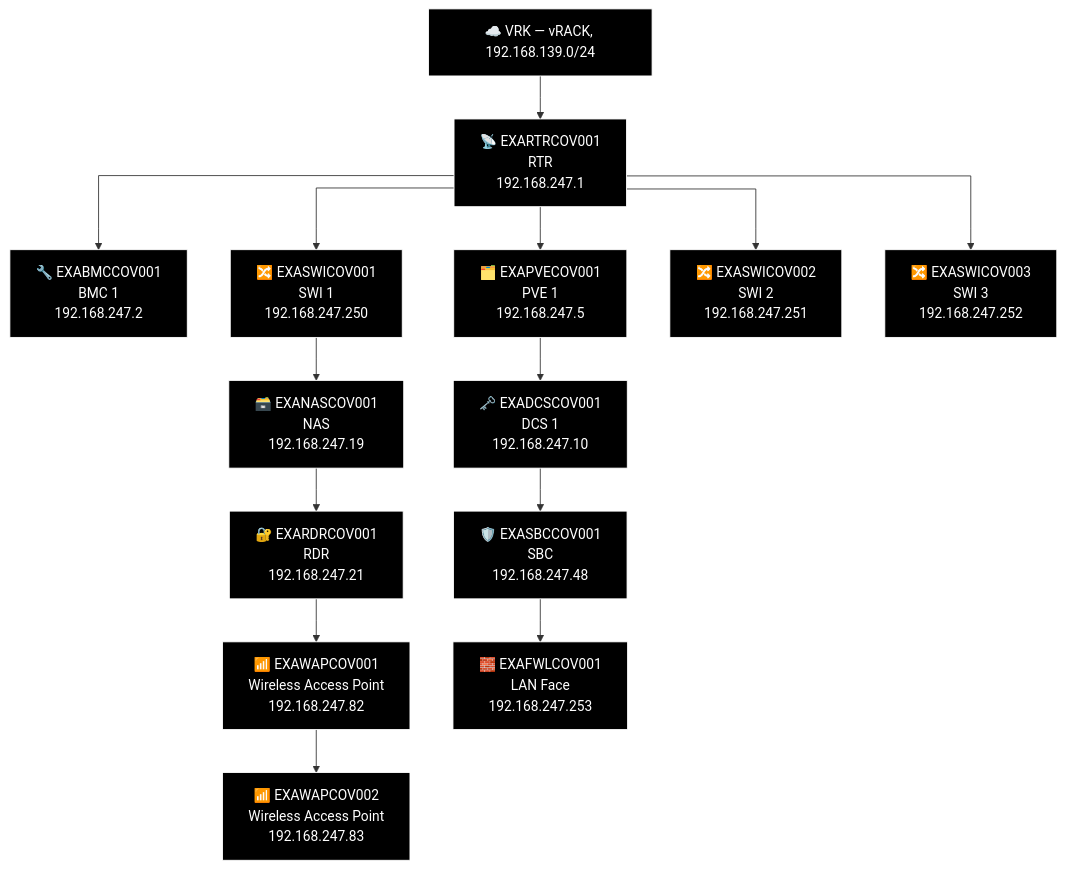
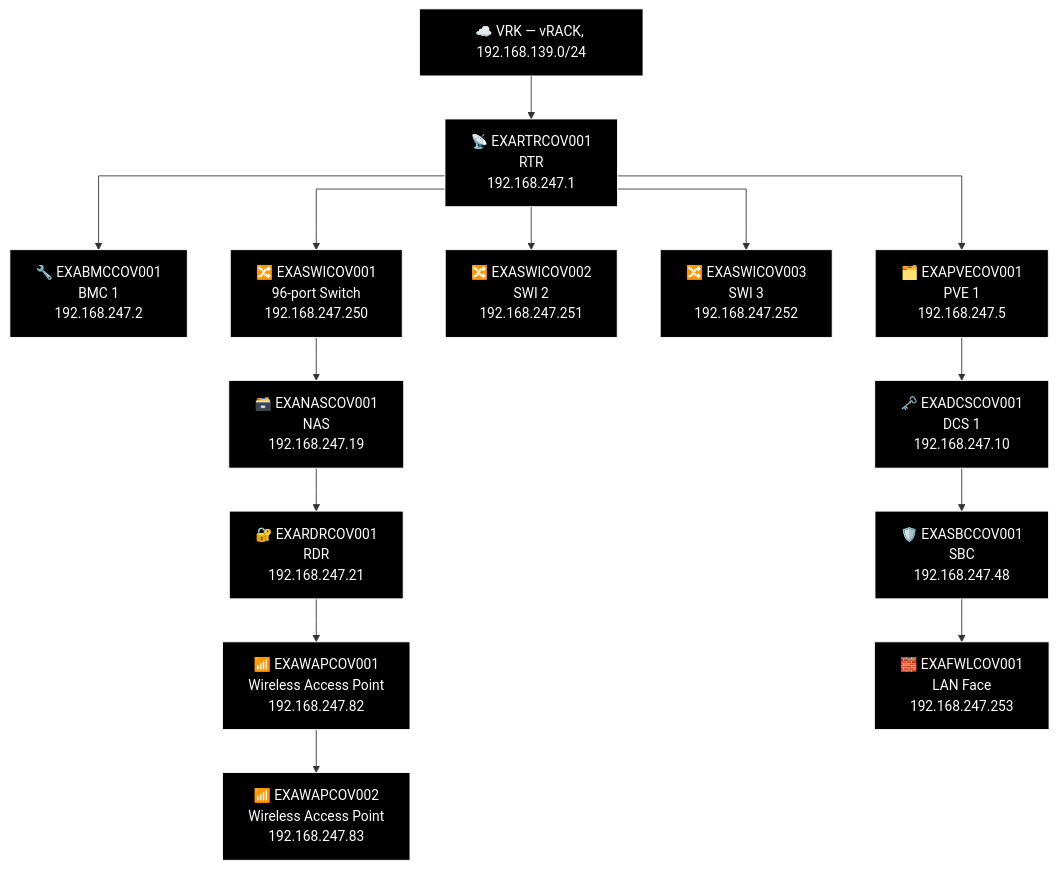
Diagram 27 of 27 in docs/network-diagram/england.md (knightmare2600/example_music_infra), drawn with Mermaid before and after one commit. The commit also changed 20 other files, not shown here.

````diff
--- a/docs/network-diagram/england.md
+++ b/docs/network-diagram/england.md
@@ -1186,42 +1186,42 @@
 ```mermaid
 %% GENERATED:TOPOLOGY:COV:START
 %%{init: {'flowchart': {'curve': 'stepAfter'}}}%%
 graph TD
     T_VRK["☁️ VRK — vRACK, 192.168.139.0/24"]
     T_RTR["📡 EXARTRCOV001<br/>RTR<br/>192.168.247.1"]
     T_VRK --> T_RTR
     T_BMC["🔧 EXABMCCOV001<br/>BMC 1<br/>192.168.247.2"]
     T_RTR --> T_BMC
     T_PVE["🗂️ EXAPVECOV001<br/>PVE 1<br/>192.168.247.5"]
     T_RTR --> T_PVE
-    T_SWI["🔀 EXASWICOV001<br/>SWI 1<br/>192.168.247.250"]
+    T_SWI["🔀 EXASWICOV002<br/>SWI 2<br/>192.168.247.251"]
     T_RTR --> T_SWI
-    T_SWI2["🔀 EXASWICOV002<br/>SWI 2<br/>192.168.247.251"]
+    T_SWI2["🔀 EXASWICOV003<br/>SWI 3<br/>192.168.247.252"]
     T_RTR --> T_SWI2
-    T_SWI3["🔀 EXASWICOV003<br/>SWI 3<br/>192.168.247.252"]
+    T_SWI3["🔀 EXASWICOV001<br/>96-port Switch<br/>192.168.247.250"]
     T_RTR --> T_SWI3
     T_NAS["🗃️ EXANASCOV001<br/>NAS<br/>192.168.247.19"]
     T_RDR["🔐 EXARDRCOV001<br/>RDR<br/>192.168.247.21"]
     T_WAP["📶 EXAWAPCOV001<br/>Wireless Access Point<br/>192.168.247.82"]
     T_WAP2["📶 EXAWAPCOV002<br/>Wireless Access Point<br/>192.168.247.83"]
-    T_SWI --> T_NAS --> T_RDR --> T_WAP --> T_WAP2
+    T_SWI3 --> T_NAS --> T_RDR --> T_WAP --> T_WAP2
     T_DCS["🗝️ EXADCSCOV001<br/>DCS 1<br/>192.168.247.10"]
     T_SBC["🛡️ EXASBCCOV001<br/>SBC<br/>192.168.247.48"]
     T_FWL["🧱 EXAFWLCOV001<br/>LAN Face<br/>192.168.247.253"]
     T_PVE --> T_DCS --> T_SBC --> T_FWL
     style T_VRK fill:#000000,stroke:#FFFFFF,color:#FFFFFF
     style T_RTR fill:#000000,stroke:#FFFFFF,color:#FFFFFF
     style T_BMC fill:#000000,stroke:#FFFFFF,color:#FFFFFF
     style T_PVE fill:#000000,stroke:#FFFFFF,color:#FFFFFF
     style T_SWI fill:#000000,stroke:#FFFFFF,color:#FFFFFF
     style T_SWI2 fill:#000000,stroke:#FFFFFF,color:#FFFFFF
     style T_SWI3 fill:#000000,stroke:#FFFFFF,color:#FFFFFF
     style T_NAS fill:#000000,stroke:#FFFFFF,color:#FFFFFF
     style T_RDR fill:#000000,stroke:#FFFFFF,color:#FFFFFF
     style T_WAP fill:#000000,stroke:#FFFFFF,color:#FFFFFF
     style T_WAP2 fill:#000000,stroke:#FFFFFF,color:#FFFFFF
     style T_DCS fill:#000000,stroke:#FFFFFF,color:#FFFFFF
     style T_SBC fill:#000000,stroke:#FFFFFF,color:#FFFFFF
     style T_FWL fill:#000000,stroke:#FFFFFF,color:#FFFFFF
 %% GENERATED:TOPOLOGY:COV:END
 ```
````
